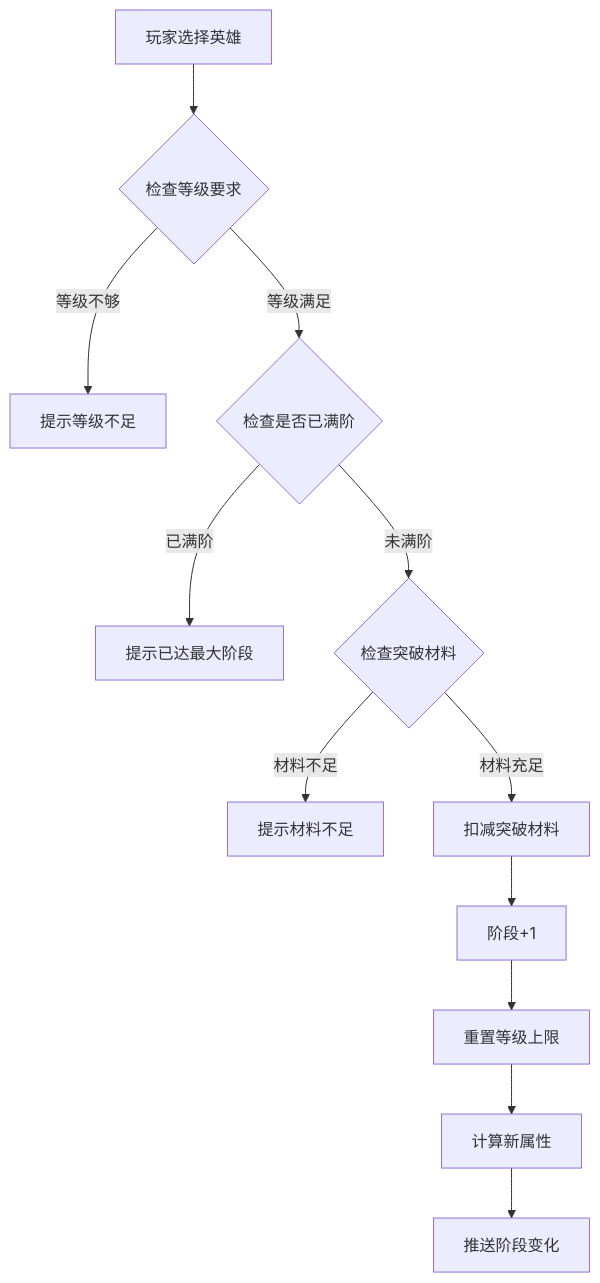
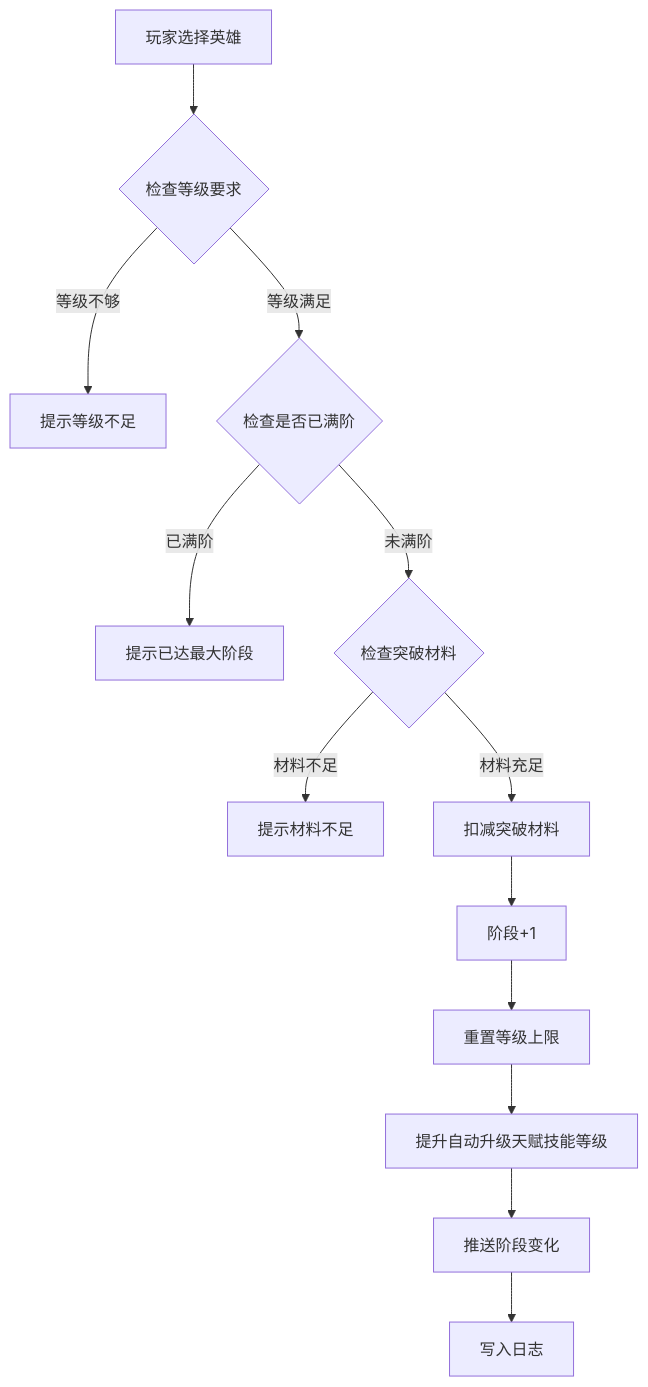
One commit to Alan-Ben/k2c_game_framework changed the third of 7 diagrams in docs/Module_Hero/05_完整说明.md. Above: the diagram before and after it, drawn with Mermaid. The commit also changed other lines of this file and 75 other files, not shown here.

````diff
--- a/docs/Module_Hero/05_完整说明.md
+++ b/docs/Module_Hero/05_完整说明.md
@@ -125,14 +199,15 @@
 ```mermaid
 flowchart TD
     A[玩家选择英雄] --> B{检查等级要求}
     B -->|等级不够| C[提示等级不足]
     B -->|等级满足| D{检查是否已满阶}
     D -->|已满阶| E[提示已达最大阶段]
     D -->|未满阶| F{检查突破材料}
     F -->|材料不足| G[提示材料不足]
     F -->|材料充足| H[扣减突破材料]
     H --> I[阶段+1]
     I --> J[重置等级上限]
-    J --> K[计算新属性]
+    J --> K[提升自动升级天赋技能等级]
     K --> L[推送阶段变化]
+    L --> M[写入日志]
 ```
````
